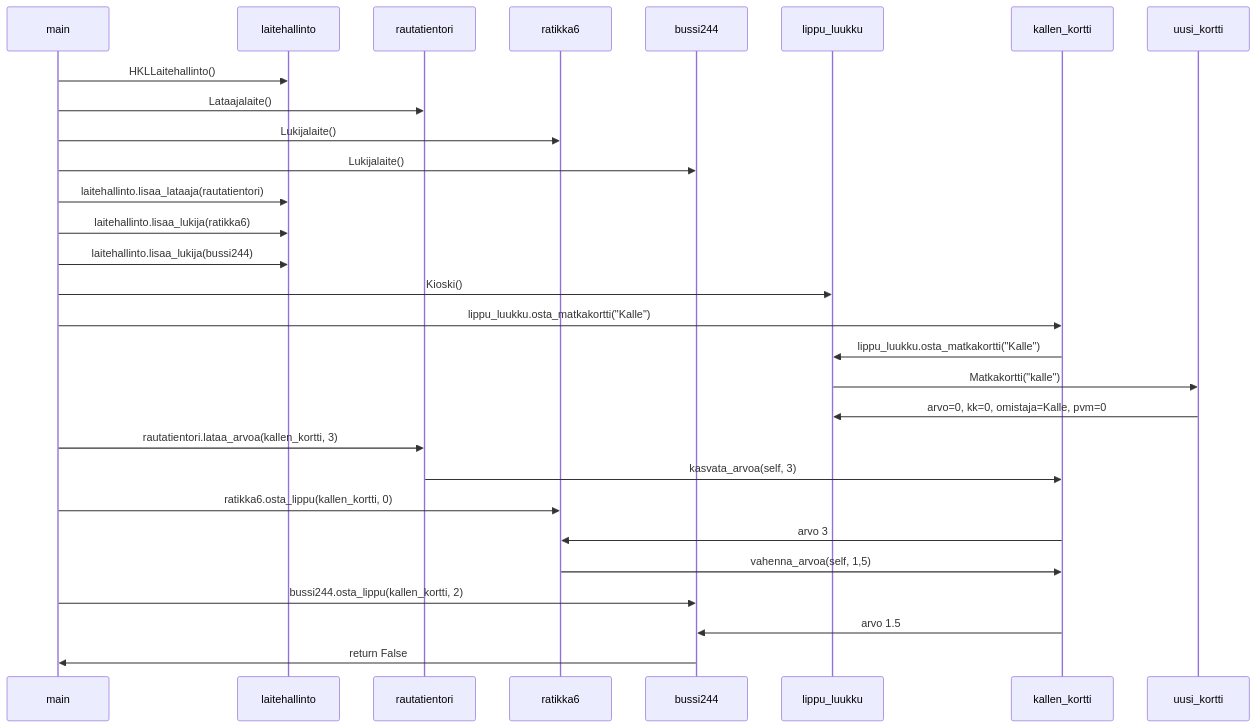
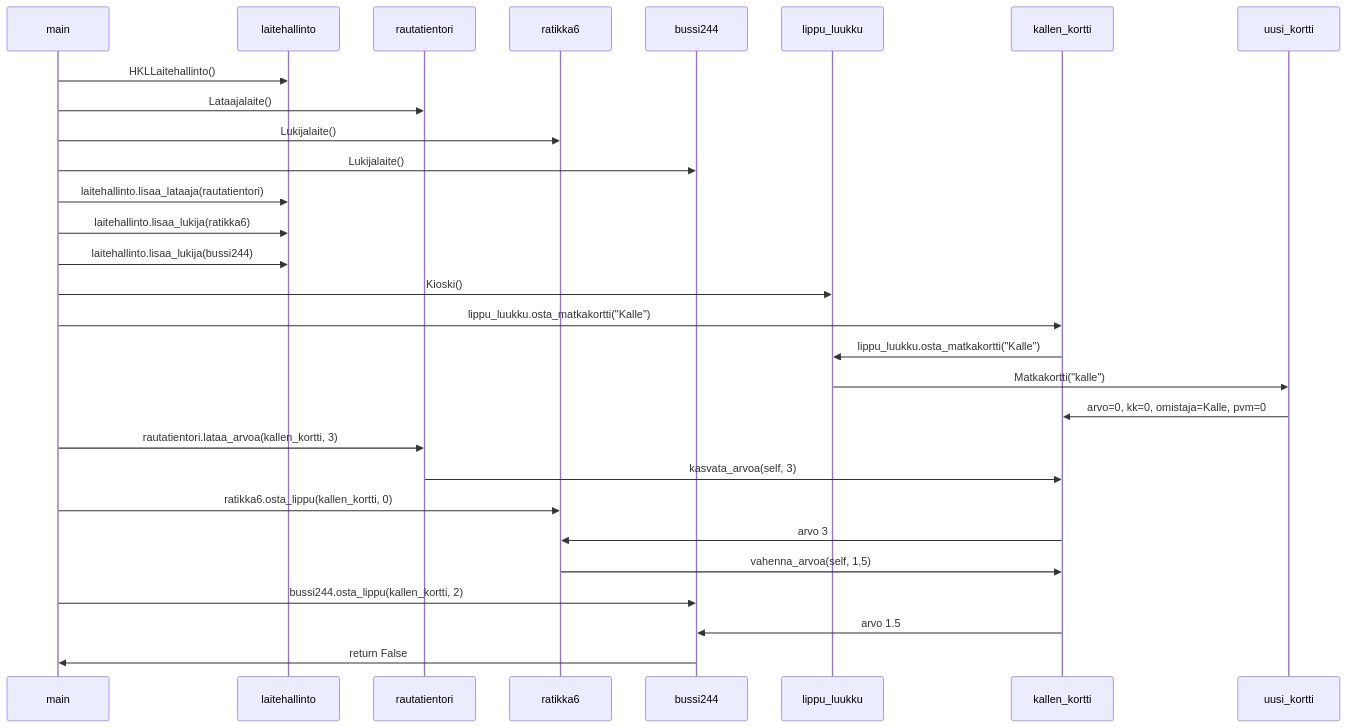
The diagram in laskarit/viikko3/teht_4_sekvenssikaavio.md (kodtld/TravelHub), drawn with Mermaid before and after one commit.

````diff
--- a/laskarit/viikko3/teht_4_sekvenssikaavio.md
+++ b/laskarit/viikko3/teht_4_sekvenssikaavio.md
@@ -1,24 +1,24 @@
 ```mermaid
  sequenceDiagram
      main->>laitehallinto: HKLLaitehallinto()
      main->>rautatientori : Lataajalaite()
      main->>ratikka6 : Lukijalaite()
      main->>bussi244 : Lukijalaite()
      main->>laitehallinto: laitehallinto.lisaa_lataaja(rautatientori)
      main->>laitehallinto: laitehallinto.lisaa_lukija(ratikka6)
      main->>laitehallinto: laitehallinto.lisaa_lukija(bussi244)
      main->>lippu_luukku: Kioski()
      main->>kallen_kortti: lippu_luukku.osta_matkakortti("Kalle")
      kallen_kortti->>lippu_luukku: lippu_luukku.osta_matkakortti("Kalle")
      lippu_luukku->>uusi_kortti: Matkakortti("kalle")
-     uusi_kortti->>lippu_luukku: arvo=0, kk=0, omistaja=Kalle, pvm=0
+     uusi_kortti->>kallen_kortti: arvo=0, kk=0, omistaja=Kalle, pvm=0
      main->>rautatientori : rautatientori.lataa_arvoa(kallen_kortti, 3)
      rautatientori->>kallen_kortti: kasvata_arvoa(self, 3)
      main->>ratikka6: ratikka6.osta_lippu(kallen_kortti, 0)
      kallen_kortti->>ratikka6: arvo 3
      ratikka6->>kallen_kortti: vahenna_arvoa(self, 1,5)
      main->>bussi244: bussi244.osta_lippu(kallen_kortti, 2)
      kallen_kortti->>bussi244: arvo 1.5
      bussi244->>main: return False
 
 ```
````
